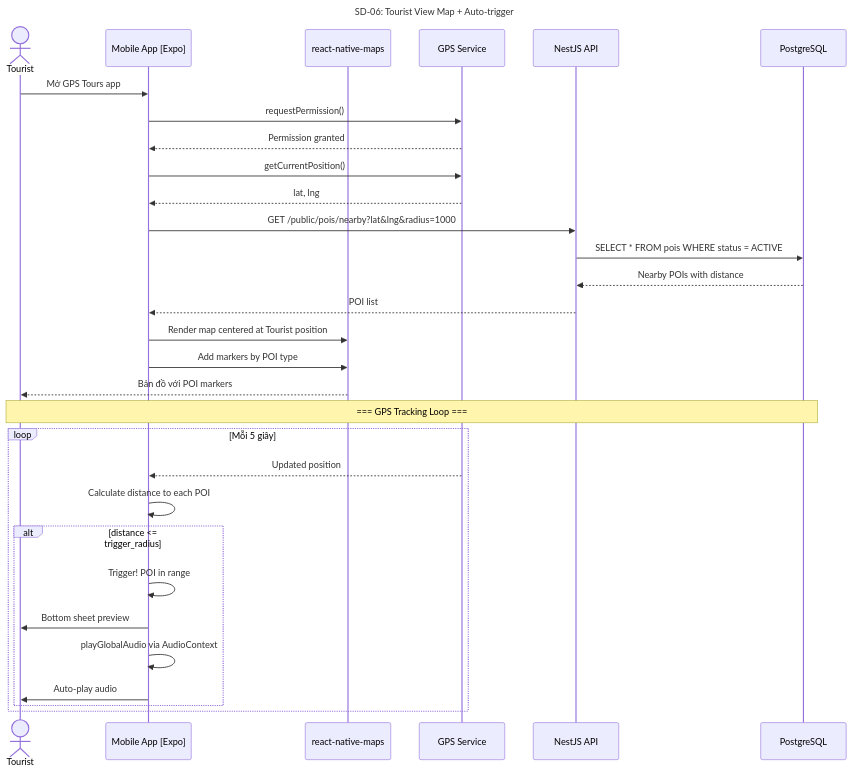
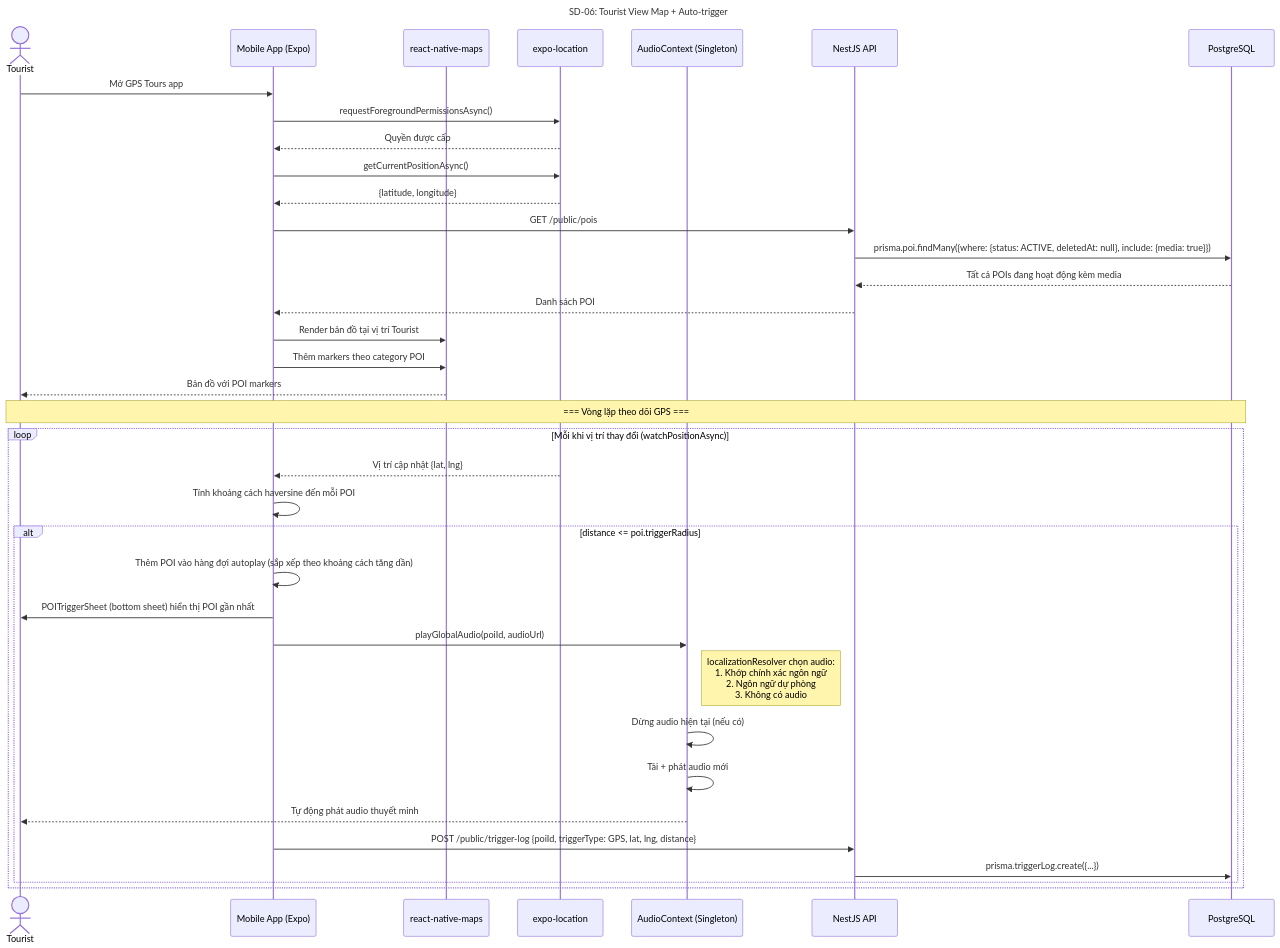
The sixth of 28 diagrams in docs/step3_prd/15_sequence_diagrams.md (Ttuandatt/Seminar), drawn with Mermaid before and after one commit. The commit also changed other lines of this file and 19 other files, not shown here.

````diff
--- a/docs/step3_prd/15_sequence_diagrams.md
+++ b/docs/step3_prd/15_sequence_diagrams.md
@@ -292,38 +320,45 @@
 ```mermaid
 sequenceDiagram
     title SD-06: Tourist View Map + Auto-trigger
     actor Tourist
-    participant App as Mobile App [Expo]
+    participant App as Mobile App (Expo)
     participant Map as react-native-maps
-    participant GPS as GPS Service
+    participant GPS as expo-location
+    participant Audio as AudioContext (Singleton)
     participant API as NestJS API
     participant DB as PostgreSQL
 
     Tourist->>App: Mở GPS Tours app
-    App->>GPS: requestPermission()
-    GPS-->>App: Permission granted
-    App->>GPS: getCurrentPosition()
-    GPS-->>App: lat, lng
+    App->>GPS: requestForegroundPermissionsAsync()
+    GPS-->>App: Quyền được cấp
+    App->>GPS: getCurrentPositionAsync()
+    GPS-->>App: {latitude, longitude}
 
-    App->>API: GET /public/pois/nearby?lat&lng&radius=1000
-    API->>DB: SELECT * FROM pois WHERE status = ACTIVE
-    DB-->>API: Nearby POIs with distance
-    API-->>App: POI list
+    App->>API: GET /public/pois
+    API->>DB: prisma.poi.findMany({where: {status: ACTIVE, deletedAt: null}, include: {media: true}})
+    DB-->>API: Tất cả POIs đang hoạt động kèm media
+    API-->>App: Danh sách POI
 
-    App->>Map: Render map centered at Tourist position
-    App->>Map: Add markers by POI type
+    App->>Map: Render bản đồ tại vị trí Tourist
+    App->>Map: Thêm markers theo category POI
     Map-->>Tourist: Bản đồ với POI markers
 
-    Note over Tourist, DB: === GPS Tracking Loop ===
-    loop Mỗi 5 giây
-        GPS-->>App: Updated position
-        App->>App: Calculate distance to each POI
-        
-        alt distance <= trigger_radius
-            App->>App: Trigger! POI in range
-            App->>Tourist: Bottom sheet preview
-            App->>App: playGlobalAudio via AudioContext
-            App->>Tourist: Auto-play audio
+    Note over Tourist, DB: === Vòng lặp theo dõi GPS ===
+    loop Mỗi khi vị trí thay đổi (watchPositionAsync)
+        GPS-->>App: Vị trí cập nhật {lat, lng}
+        App->>App: Tính khoảng cách haversine đến mỗi POI
+
+        alt distance <= poi.triggerRadius
+            App->>App: Thêm POI vào hàng đợi autoplay (sắp xếp theo khoảng cách tăng dần)
+            App->>Tourist: POITriggerSheet (bottom sheet) hiển thị POI gần nhất
+            App->>Audio: playGlobalAudio(poiId, audioUrl)
+            Note right of Audio: localizationResolver chọn audio:<br/>1. Khớp chính xác ngôn ngữ<br/>2. Ngôn ngữ dự phòng<br/>3. Không có audio
+            Audio->>Audio: Dừng audio hiện tại (nếu có)
+            Audio->>Audio: Tải + phát audio mới
+            Audio-->>Tourist: Tự động phát audio thuyết minh
+
+            App->>API: POST /public/trigger-log {poiId, triggerType: GPS, lat, lng, distance}
+            API->>DB: prisma.triggerLog.create({...})
         end
     end
 ```
````
